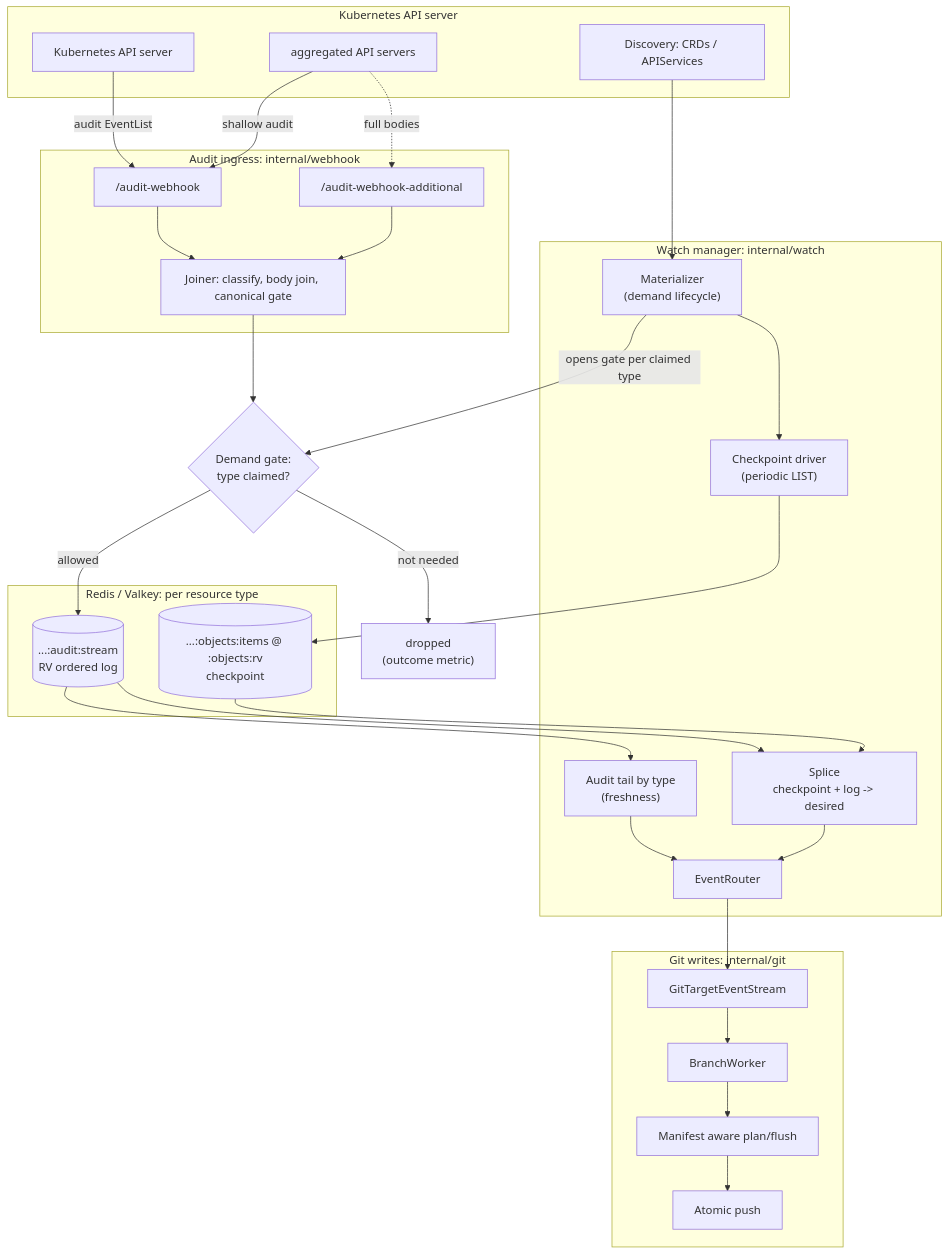
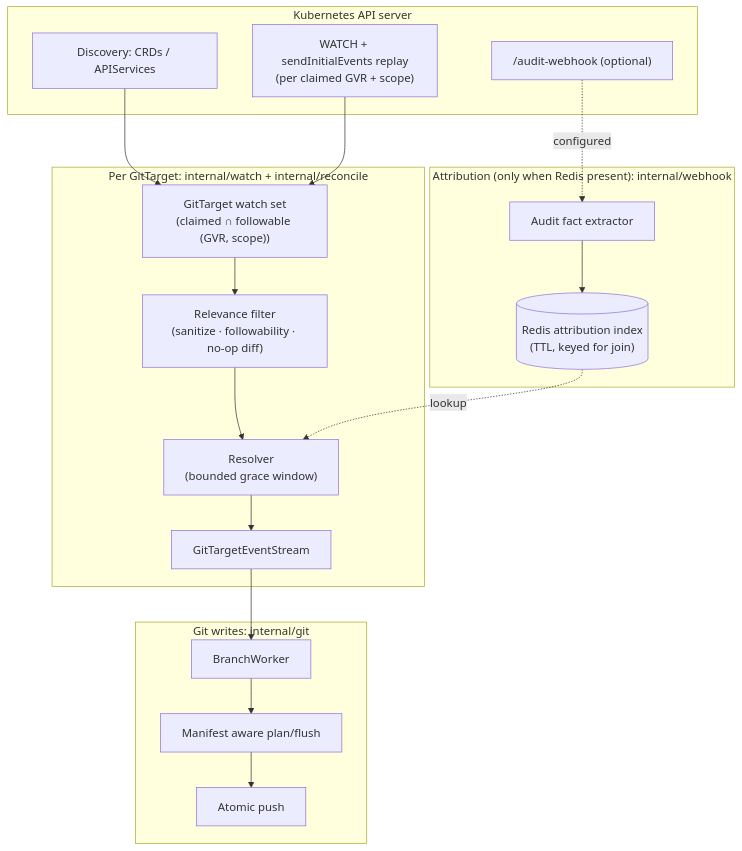
The second of 3 diagrams in docs/architecture.md (ConfigButler/gitops-reverser), drawn with Mermaid before and after one commit. The commit also changed other lines of this file and 61 other files, not shown here.

````diff
--- a/docs/architecture.md
+++ b/docs/architecture.md
@@ -209,60 +228,39 @@
 ```mermaid
 flowchart TD
     subgraph K8S["Kubernetes API server"]
-        KAS[Kubernetes API server]
-        AGG[aggregated API servers]
+        WATCH["WATCH + sendInitialEvents replay<br/>(per claimed GVR + scope)"]
         DISC["Discovery: CRDs / APIServices"]
+        AUDIT["/audit-webhook (optional)"]
     end
 
-    subgraph INGRESS["Audit ingress: internal/webhook"]
-        OFF["/audit-webhook"]
-        ADD["/audit-webhook-additional"]
-        JOIN["Joiner: classify, body join, canonical gate"]
-        OFF --> JOIN
-        ADD --> JOIN
+    subgraph PERGT["Per GitTarget: internal/watch + internal/reconcile"]
+        OWN["GitTarget watch set<br/>(claimed ∩ followable (GVR, scope))"]
+        RELEVANCE["Relevance filter<br/>(sanitize · followability · no-op diff)"]
+        RESOLVE["Resolver<br/>(bounded grace window)"]
+        GTES[GitTargetEventStream]
     end
 
-    GATE{"Demand gate:<br/>type claimed?"}
-    DROP["dropped<br/>(outcome metric)"]
-
-    subgraph REDIS["Redis / Valkey: per resource type"]
-        STREAM[("...:audit:stream<br/>RV ordered log")]
-        OBJ[("...:objects:items @ :objects:rv<br/>checkpoint")]
-    end
-
-    subgraph WATCH["Watch manager: internal/watch"]
-        MAT["Materializer<br/>(demand lifecycle)"]
-        CKPT["Checkpoint driver<br/>(periodic LIST)"]
-        TAIL["Audit tail by type<br/>(freshness)"]
-        SPLICE["Splice<br/>checkpoint + log -> desired"]
-        ROUTER["EventRouter"]
+    subgraph ATTR["Attribution (only when Redis present): internal/webhook"]
+        AFACTS["Audit fact extractor"]
+        AINDEX[("Redis attribution index<br/>(TTL, keyed for join)")]
     end
 
     subgraph GIT["Git writes: internal/git"]
-        GTES[GitTargetEventStream]
         BW[BranchWorker]
         PLAN["Manifest aware plan/flush"]
         PUSH["Atomic push"]
     end
 
-    KAS -->|audit EventList| OFF
-    AGG -->|shallow audit| OFF
-    AGG -.->|full bodies| ADD
-    JOIN --> GATE
-    GATE -->|allowed| STREAM
-    GATE -->|not needed| DROP
-
-    DISC --> MAT
-    MAT -->|opens gate per claimed type| GATE
-    MAT --> CKPT
-    CKPT --> OBJ
-    STREAM --> TAIL
-    OBJ --> SPLICE
-    STREAM --> SPLICE
-    TAIL --> ROUTER
-    SPLICE --> ROUTER
-    ROUTER --> GTES
+    DISC --> OWN
+    WATCH --> OWN
+    OWN --> RELEVANCE
+    RELEVANCE --> RESOLVE
+    RESOLVE --> GTES
     GTES --> BW
     BW --> PLAN
     PLAN --> PUSH
+
+    AUDIT -. configured .-> AFACTS
+    AFACTS --> AINDEX
+    AINDEX -. lookup .-> RESOLVE
 ```
````
